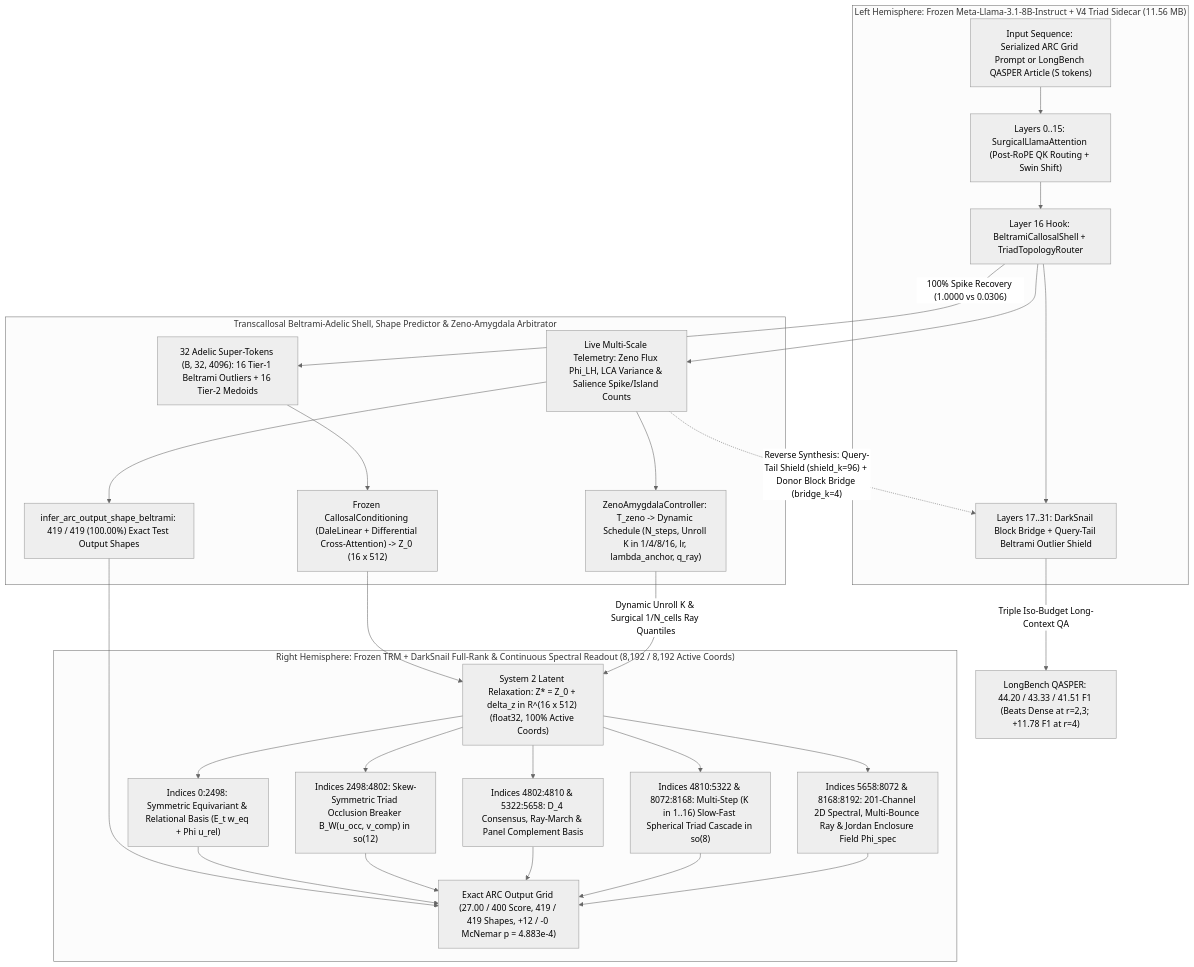
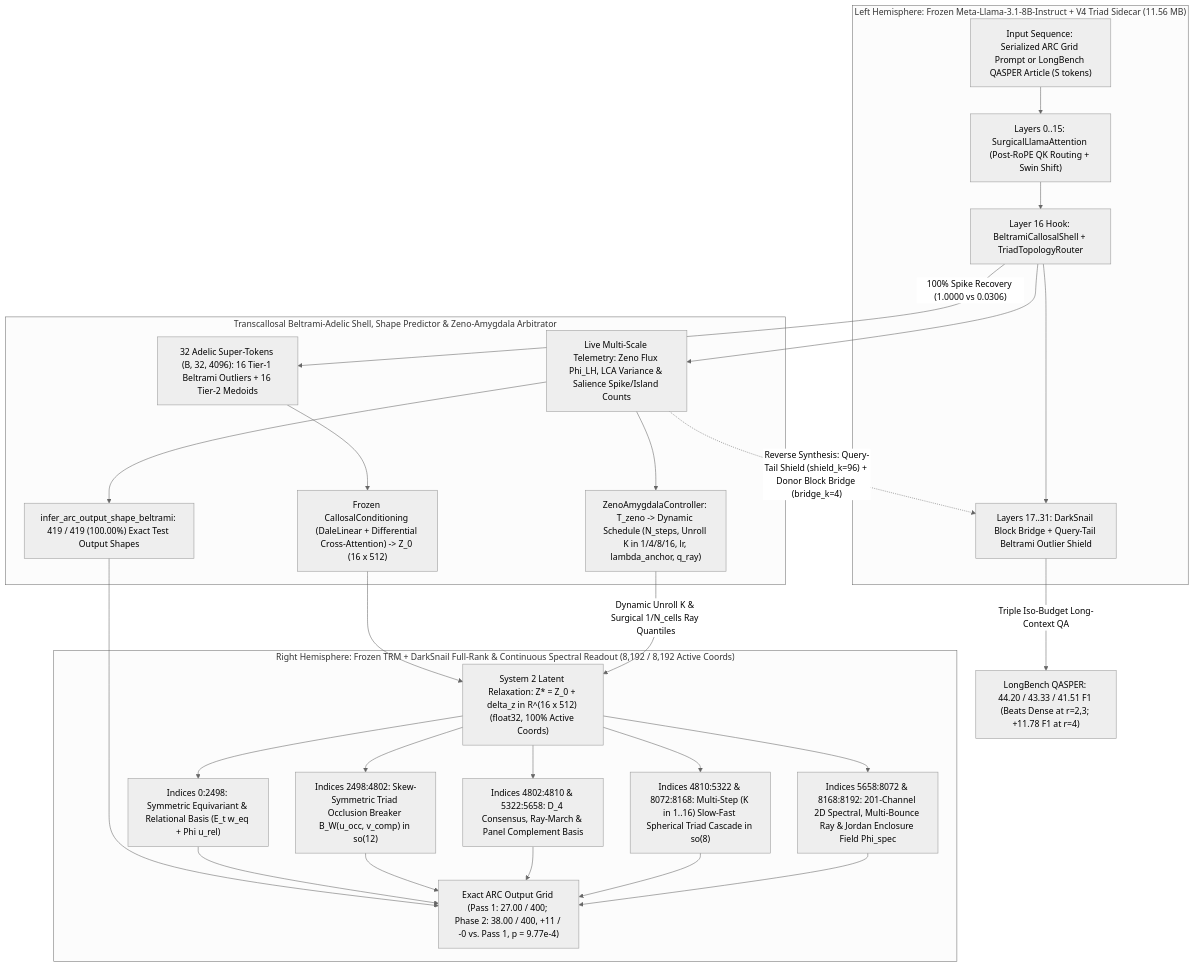
One commit to sneed-and-feed/projectdarksnail changed the diagram in papers/darksnail_v2_preprint.md. Above: the diagram before and after it, drawn with Mermaid (neutral theme). The commit also changed other lines of this file and 20 other files, not shown here.

````diff
--- a/papers/darksnail_v2_preprint.md
+++ b/papers/darksnail_v2_preprint.md
@@ -134,39 +136,39 @@
 ```mermaid
 flowchart TD
     subgraph LH["Left Hemisphere: Frozen Meta-Llama-3.1-8B-Instruct + V4 Triad Sidecar (11.56 MB)"]
         Prompt["Input Sequence: Serialized ARC Grid Prompt or LongBench QASPER Article (S tokens)"]
         Attn0_15["Layers 0..15: SurgicalLlamaAttention (Post-RoPE QK Routing + Swin Shift)"]
         Layer16["Layer 16 Hook: BeltramiCallosalShell + TriadTopologyRouter"]
         Attn17_31["Layers 17..31: DarkSnail Block Bridge + Query-Tail Beltrami Outlier Shield"]
         Prompt --> Attn0_15 --> Layer16 --> Attn17_31
     end
 
     subgraph Bridge["Transcallosal Beltrami-Adelic Shell, Shape Predictor & Zeno-Amygdala Arbitrator"]
         Shell32["32 Adelic Super-Tokens (B, 32, 4096): 16 Tier-1 Beltrami Outliers + 16 Tier-2 Medoids"]
         Telemetry["Live Multi-Scale Telemetry: Zeno Flux Phi_LH, LCA Variance & Salience Spike/Island Counts"]
         ShapePred["infer_arc_output_shape_beltrami: 419 / 419 (100.00%) Exact Test Output Shapes"]
         DaleCC["Frozen CallosalConditioning (DaleLinear + Differential Cross-Attention) -> Z_0 (16 x 512)"]
         Amygdala["ZenoAmygdalaController: T_zeno -> Dynamic Schedule (N_steps, Unroll K in 1/4/8/16, lr, lambda_anchor, q_ray)"]
         Layer16 -->|"100% Spike Recovery (1.0000 vs 0.0306)"| Shell32 --> DaleCC
         Layer16 --> Telemetry --> Amygdala
         Telemetry --> ShapePred
     end
 
     subgraph RH["Right Hemisphere: Frozen TRM + DarkSnail Full-Rank & Continuous Spectral Readout (8,192 / 8,192 Active Coords)"]
         Adapt["System 2 Latent Relaxation: Z* = Z_0 + delta_z in R^(16 x 512) (float32, 100% Active Coords)"]
         SymSlice["Indices 0:2498: Symmetric Equivariant & Relational Basis (E_t w_eq + Phi u_rel)"]
         TriadSlice["Indices 2498:4802: Skew-Symmetric Triad Occlusion Breaker B_W(u_occ, v_comp) in so(12)"]
         AsymSlice["Indices 4802:4810 & 5322:5658: D_4 Consensus, Ray-March & Panel Complement Basis"]
         CascadeSlice["Indices 4810:5322 & 8072:8168: Multi-Step (K in 1..16) Slow-Fast Spherical Triad Cascade in so(8)"]
         SpecSlice["Indices 5658:8072 & 8168:8192: 201-Channel 2D Spectral, Multi-Bounce Ray & Jordan Enclosure Field Phi_spec"]
-        CanvasOut["Exact ARC Output Grid (27.00 / 400 Score, 419 / 419 Shapes, +12 / -0 McNemar p = 4.883e-4)"]
+        CanvasOut["Exact ARC Output Grid (Pass 1: 27.00 / 400; Phase 2: 38.00 / 400, +11 / -0 vs. Pass 1, p = 9.77e-4)"]
 
         DaleCC --> Adapt
         ShapePred --> CanvasOut
         Amygdala -->|"Dynamic Unroll K & Surgical 1/N_cells Ray Quantiles"| Adapt
         Adapt --> SymSlice & TriadSlice & AsymSlice & CascadeSlice & SpecSlice --> CanvasOut
     end
 
     Telemetry -.->|"Reverse Synthesis: Query-Tail Shield (shield_k=96) + Donor Block Bridge (bridge_k=4)"| Attn17_31
     Attn17_31 -->|"Triple Iso-Budget Long-Context QA"| QASPEROut["LongBench QASPER: 44.20 / 43.33 / 41.51 F1 (Beats Dense at r=2,3; +11.78 F1 at r=4)"]
 ```
````
